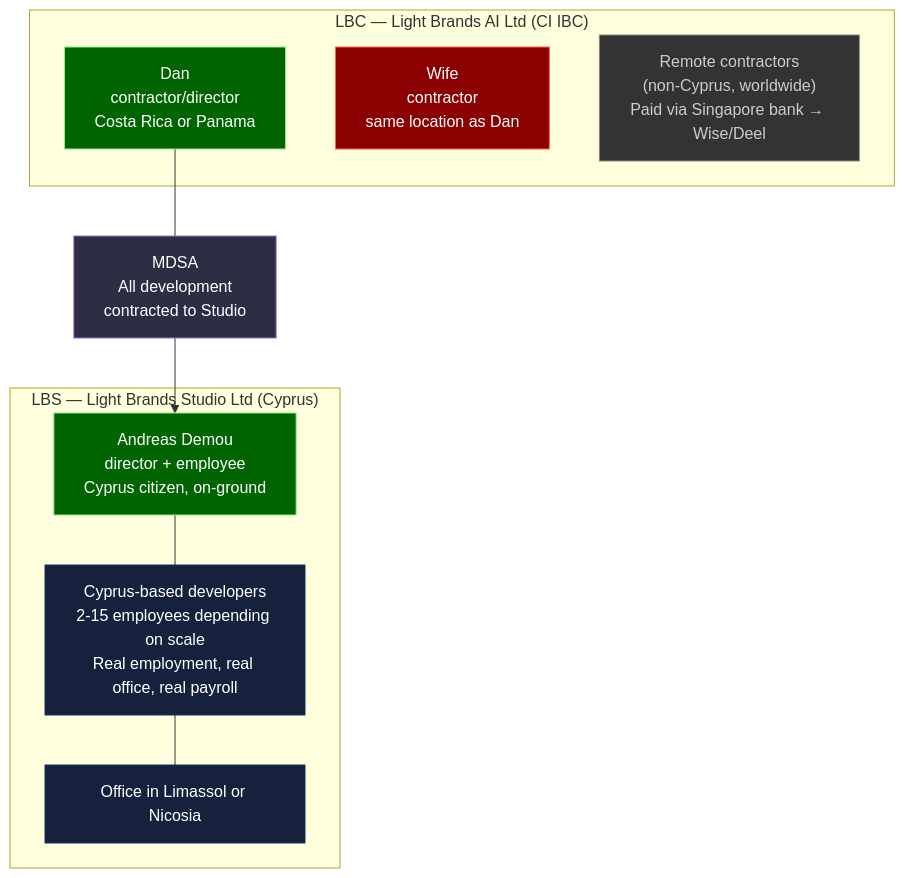
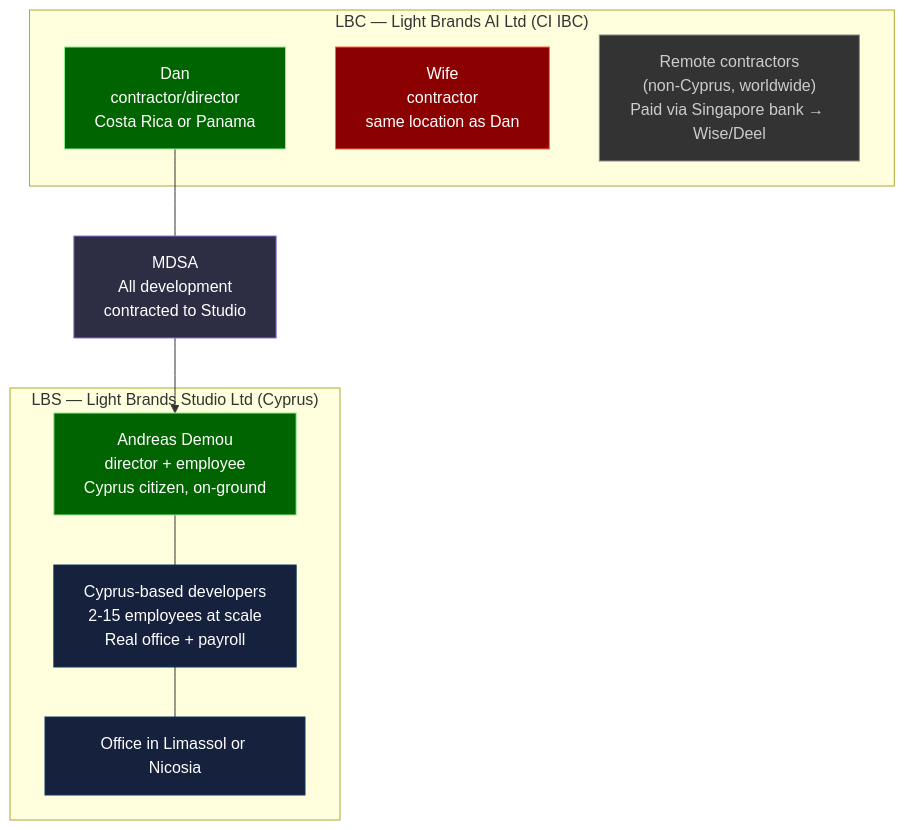
The fifth of 9 diagrams in docs/tax-structure/light-brands/13-DAN-EXIT-US-AND-LB-SIMPLIFIED-STRUCTURE.md (Light-Brands/epic-center), drawn with Mermaid before and after one commit. The commit also changed other lines of this file and 1 other file, not shown here.

First line of the commit message:
Trim mermaid diagram text to fit within node boundaries

````diff
--- a/docs/tax-structure/light-brands/13-DAN-EXIT-US-AND-LB-SIMPLIFIED-STRUCTURE.md
+++ b/docs/tax-structure/light-brands/13-DAN-EXIT-US-AND-LB-SIMPLIFIED-STRUCTURE.md
@@ -524,29 +524,29 @@
 ```mermaid
 graph TB
     subgraph "LBC — Light Brands AI Ltd (CI IBC)"
         DAN_TEAM["Dan<br/>contractor/director<br/>Costa Rica or Panama"]
         WIFE_TEAM["Wife<br/>contractor<br/>same location as Dan"]
         REMOTE["Remote contractors<br/>(non-Cyprus, worldwide)<br/>Paid via Singapore bank → Wise/Deel"]
     end
 
     MDSA_LINK["MDSA<br/>All development<br/>contracted to Studio"]
 
     subgraph "LBS — Light Brands Studio Ltd (Cyprus)"
         ANDREAS_TEAM["Andreas Demou<br/>director + employee<br/>Cyprus citizen, on-ground"]
-        CY_DEVS_TEAM["Cyprus-based developers<br/>2-15 employees depending on scale<br/>Real employment, real office, real payroll"]
+        CY_DEVS_TEAM["Cyprus-based developers<br/>2-15 employees at scale<br/>Real office + payroll"]
         OFFICE["Office in Limassol or Nicosia"]
     end
 
     DAN_TEAM --- MDSA_LINK
     MDSA_LINK --> ANDREAS_TEAM
     ANDREAS_TEAM --- CY_DEVS_TEAM
     CY_DEVS_TEAM --- OFFICE
 
     style DAN_TEAM fill:#006400,stroke:#90ee90,color:#fff
     style WIFE_TEAM fill:#8b0000,stroke:#ff6347,color:#fff
     style REMOTE fill:#333,stroke:#888,color:#ccc
     style MDSA_LINK fill:#2d2d44,stroke:#9370db,color:#fff
     style ANDREAS_TEAM fill:#006400,stroke:#90ee90,color:#fff
     style CY_DEVS_TEAM fill:#16213e,stroke:#0f3460,color:#fff
     style OFFICE fill:#16213e,stroke:#0f3460,color:#fff
 ```
````
